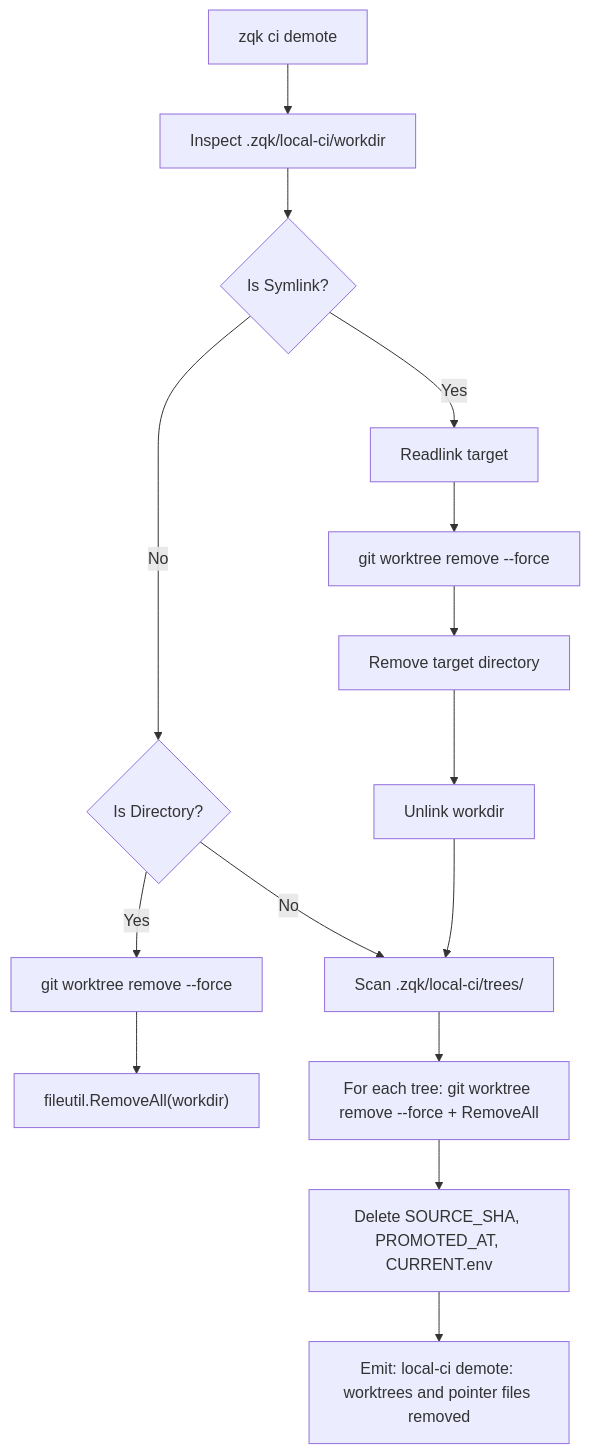
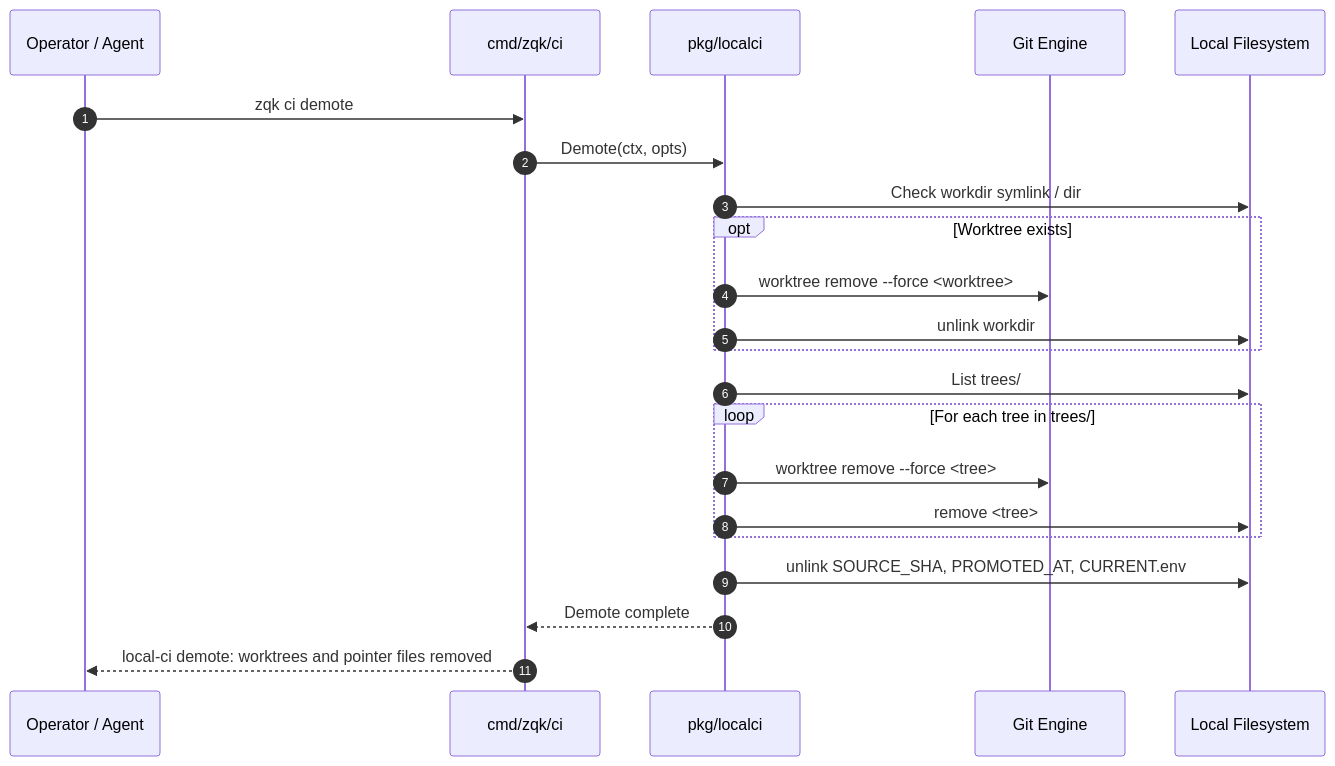
One commit to zqk-os/zqk changed the third of 3 diagrams in docs/guides/CLI_CI_SUBSYSTEM_GUIDE.md. Above: the diagram before and after it, drawn with Mermaid. The commit also changed other lines of this file, not shown here.

Commit message:
docs(ci): refine architectural guide with open-core compliance and sequence workflows

````diff
--- a/docs/guides/CLI_CI_SUBSYSTEM_GUIDE.md
+++ b/docs/guides/CLI_CI_SUBSYSTEM_GUIDE.md
@@ -256,18 +238,25 @@
 ```mermaid
-flowchart TD
-    DemoteStart["zqk ci demote"] --> StatWorkdir["Inspect .zqk/local-ci/workdir"]
-    StatWorkdir --> IsSymlink{"Is Symlink?"}
-    IsSymlink -- Yes --> ReadTarget["Readlink target"]
-    ReadTarget --> RemoveWorktree1["git worktree remove --force <target>"]
-    RemoveWorktree1 --> DeleteTarget["Remove target directory"]
-    DeleteTarget --> UnlinkWorkdir["Unlink workdir"]
-    IsSymlink -- No --> IsDir{"Is Directory?"}
-    IsDir -- Yes --> RemoveWorktree2["git worktree remove --force <workdir>"]
-    RemoveWorktree2 --> DeleteWorkdir["fileutil.RemoveAll(workdir)"]
-    IsDir -- No --> ScanTrees
-    UnlinkWorkdir --> ScanTrees["Scan .zqk/local-ci/trees/"]
+sequenceDiagram
+    autonumber
+    participant Dev as Operator / Agent
+    participant CLI as cmd/zqk/ci
+    participant Engine as pkg/localci
+    participant Git as Git Engine
+    participant FS as Local Filesystem
 
-    ScanTrees --> RemoveEachTree["For each tree: git worktree remove --force + RemoveAll"]
-    RemoveEachTree --> DeletePointers["Delete SOURCE_SHA, PROMOTED_AT, CURRENT.env"]
-    DeletePointers --> DemoteDone["Emit: local-ci demote: worktrees and pointer files removed"]
+    Dev->>CLI: zqk ci demote
+    CLI->>Engine: Demote(ctx, opts)
+    Engine->>FS: Check workdir symlink / dir
+    opt Worktree exists
+        Engine->>Git: worktree remove --force <worktree>
+        Engine->>FS: unlink workdir
+    end
+    Engine->>FS: List trees/
+    loop For each tree in trees/
+        Engine->>Git: worktree remove --force <tree>
+        Engine->>FS: remove <tree>
+    end
+    Engine->>FS: unlink SOURCE_SHA, PROMOTED_AT, CURRENT.env
+    Engine-->>CLI: Demote complete
+    CLI-->>Dev: local-ci demote: worktrees and pointer files removed
 ```
````
